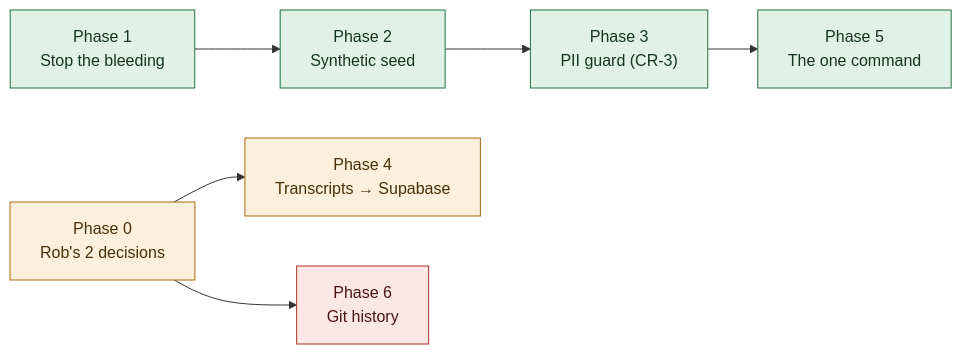
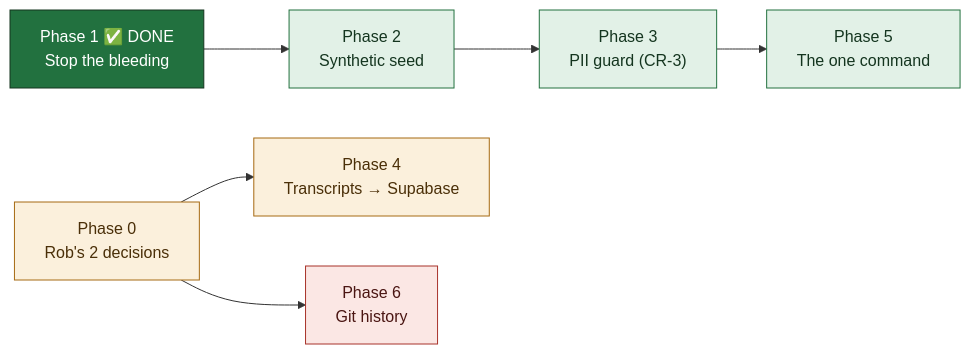
Before and after one commit to blacklabelbob/mle-rob-dashboard: the diagram in docs/plans/PRD-scaffolding-in-git-data-in-supabase-v1.md, drawn with Mermaid. The commit also changed other lines of this file and 5 other files, not shown here.

````diff
--- a/docs/plans/PRD-scaffolding-in-git-data-in-supabase-v1.md
+++ b/docs/plans/PRD-scaffolding-in-git-data-in-supabase-v1.md
@@ -30,18 +30,19 @@
 ```mermaid
 graph LR
   P0["Phase 0<br/>Rob's 2 decisions"]:::blocked
-  P1["Phase 1<br/>Stop the bleeding"]:::ready
+  P1["Phase 1 ✅ DONE<br/>Stop the bleeding"]:::done
   P2["Phase 2<br/>Synthetic seed"]:::ready
   P3["Phase 3<br/>PII guard (CR-3)"]:::ready
   P5["Phase 5<br/>The one command"]:::ready
   P4["Phase 4<br/>Transcripts → Supabase"]:::blocked
   P6["Phase 6<br/>Git history"]:::danger
 
   P1 --> P2 --> P3 --> P5
   P0 --> P4
   P0 --> P6
 
+  classDef done fill:#22713F,stroke:#14351F,color:#FFFFFF
   classDef ready fill:#E2F1E7,stroke:#22713F,color:#14351F
   classDef blocked fill:#FBF0DC,stroke:#A66A12,color:#4A2F08
   classDef danger fill:#FBE7E4,stroke:#A8332A,color:#4A1512
 ```
````
